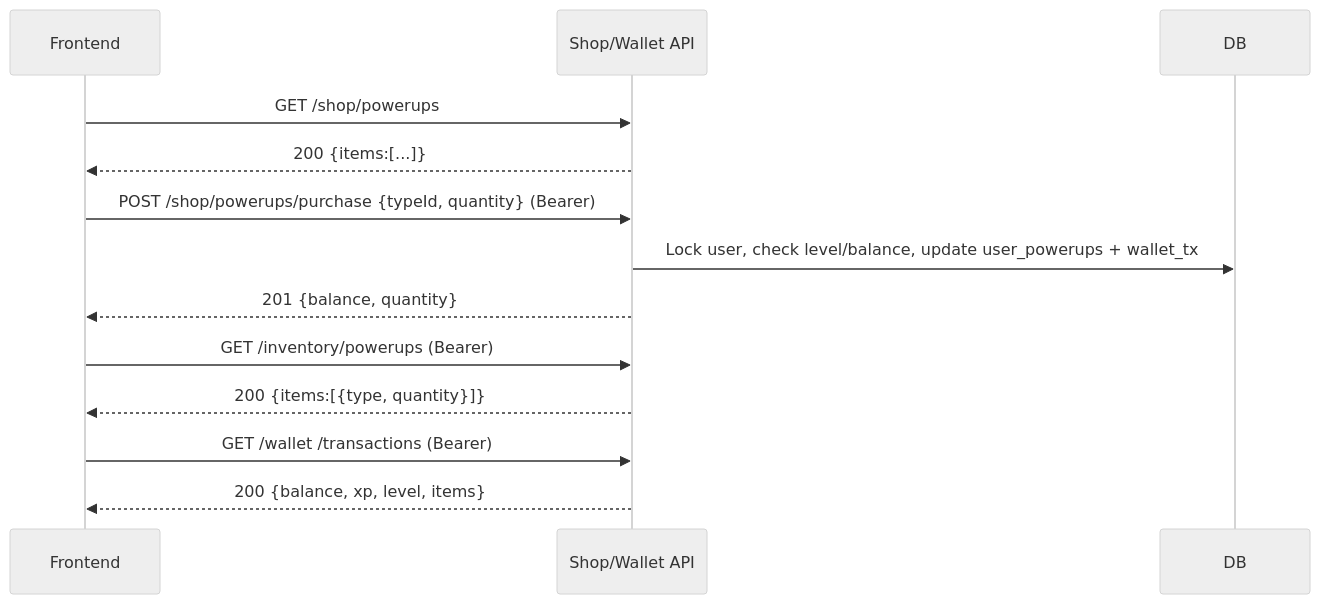
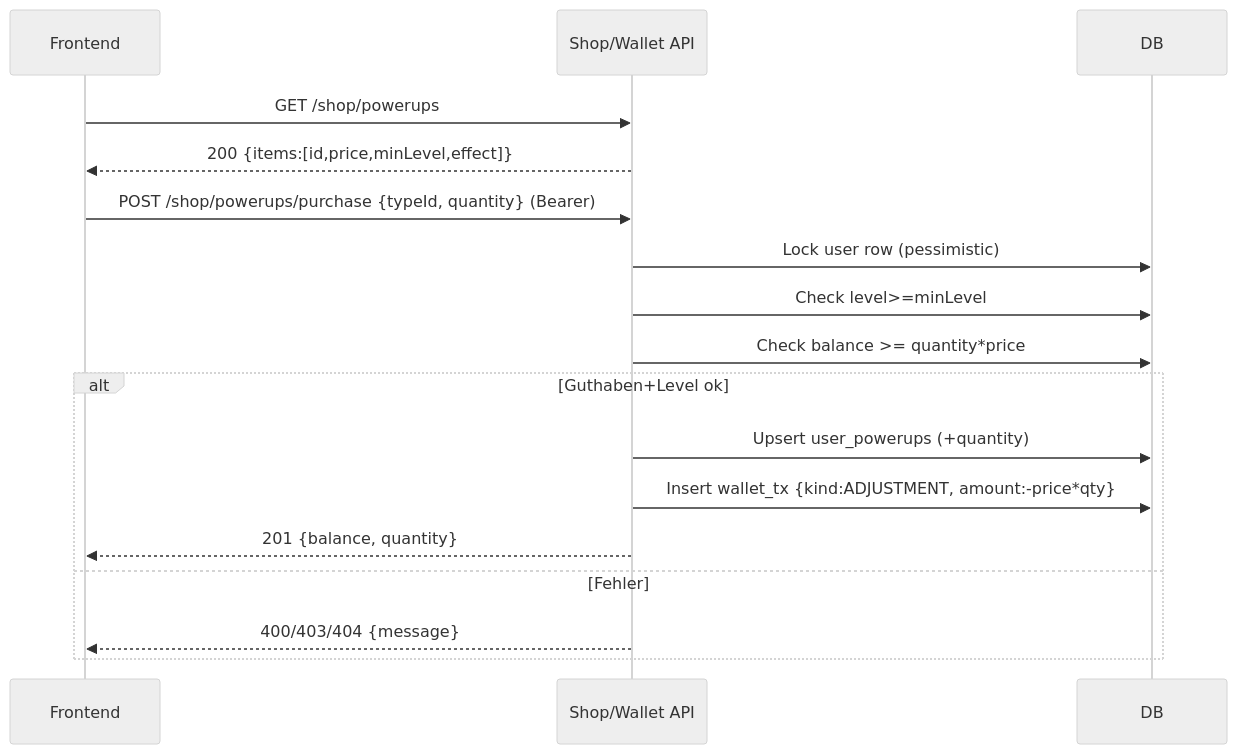
The first of 4 diagrams in docs/UseCases/UC2_Shop_Inventag_Guthabeverwaltung.md (JustinKaram14/BetCeption), drawn with Mermaid (neutral theme) before and after one commit. The commit also changed other lines of this file and 57 other files, not shown here.

Commit message:
Mermaid Diagramme, UCRS ergänzt und erstellt, pngs gelöscht

````diff
--- a/docs/UseCases/UC2_Shop_Inventag_Guthabeverwaltung.md
+++ b/docs/UseCases/UC2_Shop_Inventag_Guthabeverwaltung.md
@@ -30,15 +100,21 @@
 ```mermaid
 sequenceDiagram
   participant FE as Frontend
   participant API as Shop/Wallet API
   participant DB as DB
+
   FE->>API: GET /shop/powerups
-  API-->>FE: 200 {items:[...]}
+  API-->>FE: 200 {items:[id,price,minLevel,effect]}
+
   FE->>API: POST /shop/powerups/purchase {typeId, quantity} (Bearer)
-  API->>DB: Lock user, check level/balance, update user_powerups + wallet_tx
-  API-->>FE: 201 {balance, quantity}
-  FE->>API: GET /inventory/powerups (Bearer)
-  API-->>FE: 200 {items:[{type, quantity}]}
-  FE->>API: GET /wallet /transactions (Bearer)
-  API-->>FE: 200 {balance, xp, level, items}
+  API->>DB: Lock user row (pessimistic)
+  API->>DB: Check level>=minLevel
+  API->>DB: Check balance >= quantity*price
+  alt Guthaben+Level ok
+    API->>DB: Upsert user_powerups (+quantity)
+    API->>DB: Insert wallet_tx {kind:ADJUSTMENT, amount:-price*qty}
+    API-->>FE: 201 {balance, quantity}
+  else Fehler
+    API-->>FE: 400/403/404 {message}
+  end
 ```
````
